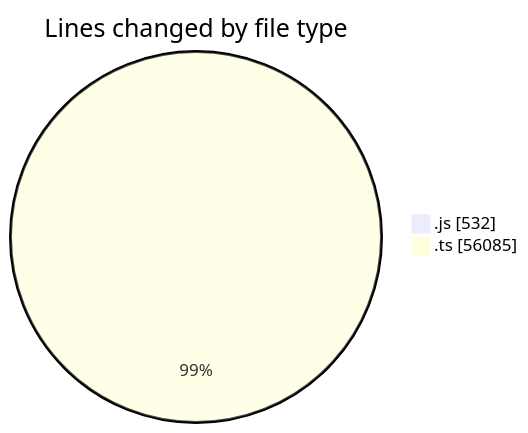
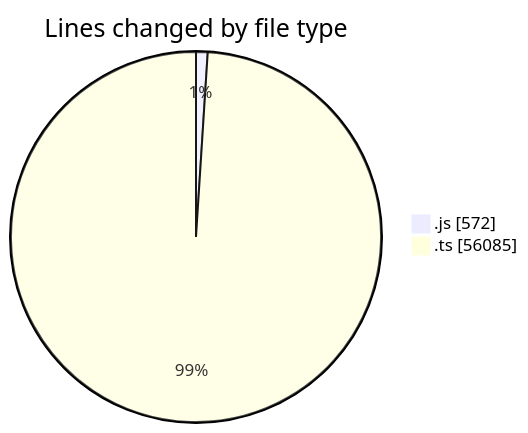
One commit to momahboobian/code-tracking changed the first of 2 diagrams in 2025-06-19/cda/README.md. Above: the diagram before and after it, drawn with Mermaid. The commit also changed other lines of this file and 1 other file, not shown here.

````diff
--- a/2025-06-19/cda/README.md
+++ b/2025-06-19/cda/README.md
@@ -32,6 +33,6 @@
 ```mermaid
 pie showData
 title Lines changed by file type
-".js" : 532
+".js" : 572
 ".ts" : 56085
 ```
````
